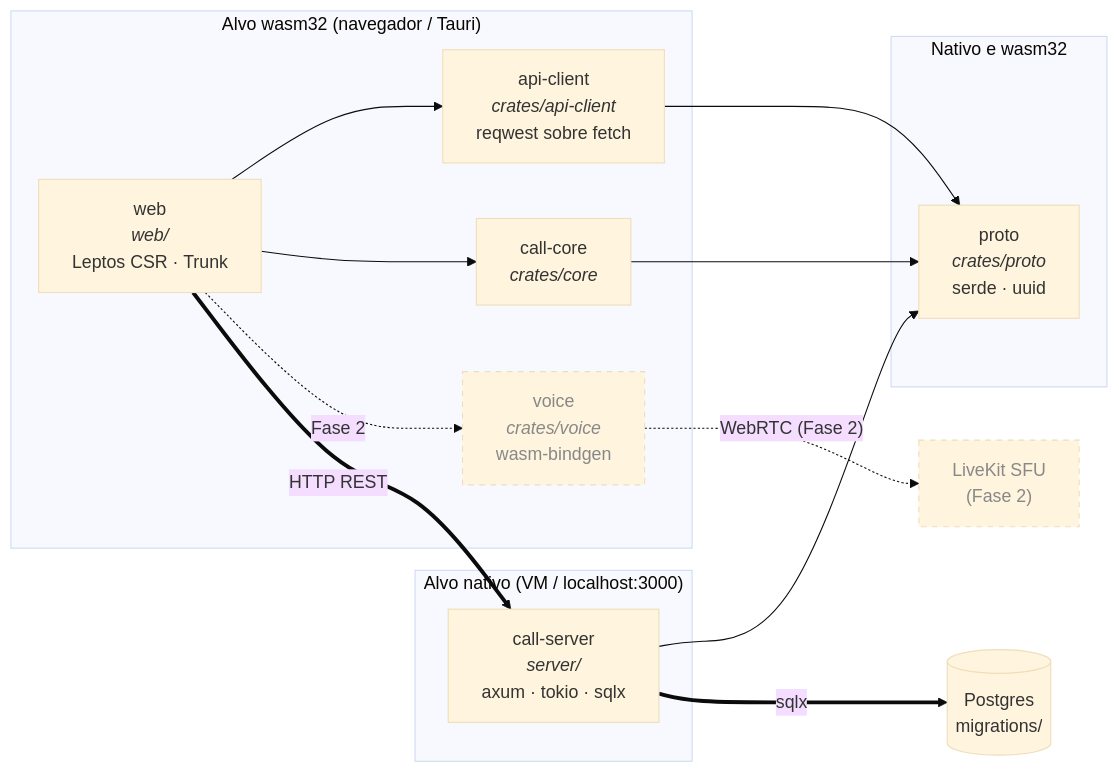
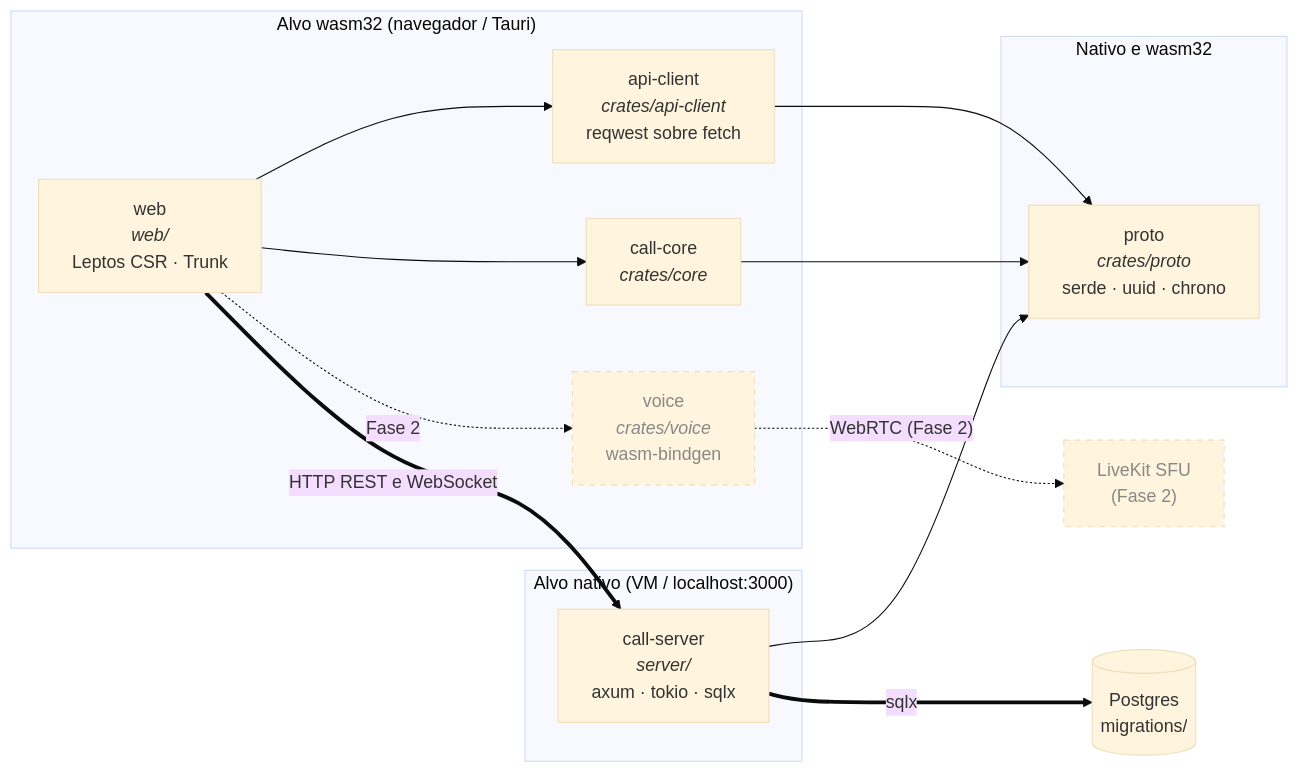
One commit to ncfcj/call changed the diagram in docs/architecture/01-crates.md. Above: the diagram before and after it, drawn with Mermaid (base theme). The commit also changed other lines of this file and 59 other files, not shown here.

````diff
--- a/docs/architecture/01-crates.md
+++ b/docs/architecture/01-crates.md
@@ -6,34 +6,34 @@
 ```mermaid
 flowchart LR
     subgraph nativo["Alvo nativo (VM / localhost:3000)"]
         server["call-server<br/><i>server/</i><br/>axum · tokio · sqlx"]
     end
 
     subgraph shared["Nativo e wasm32"]
-        proto["proto<br/><i>crates/proto</i><br/>serde · uuid"]
+        proto["proto<br/><i>crates/proto</i><br/>serde · uuid · chrono"]
     end
 
     subgraph wasm["Alvo wasm32 (navegador / Tauri)"]
         web["web<br/><i>web/</i><br/>Leptos CSR · Trunk"]
         api["api-client<br/><i>crates/api-client</i><br/>reqwest sobre fetch"]
         core["call-core<br/><i>crates/core</i>"]
         voice["voice<br/><i>crates/voice</i><br/>wasm-bindgen"]
     end
 
     pg[("Postgres<br/>migrations/")]
     lk["LiveKit SFU<br/>(Fase 2)"]
 
     server --> proto
     api --> proto
     core --> proto
     web --> api
     web --> core
     web -. "Fase 2" .-> voice
 
-    web == "HTTP REST" ==> server
+    web == "HTTP REST e WebSocket" ==> server
     server == "sqlx" ==> pg
     voice -. "WebRTC (Fase 2)" .-> lk
 
     classDef pending stroke-dasharray: 5 5,color:#888
     class voice,lk pending
 ```
````
